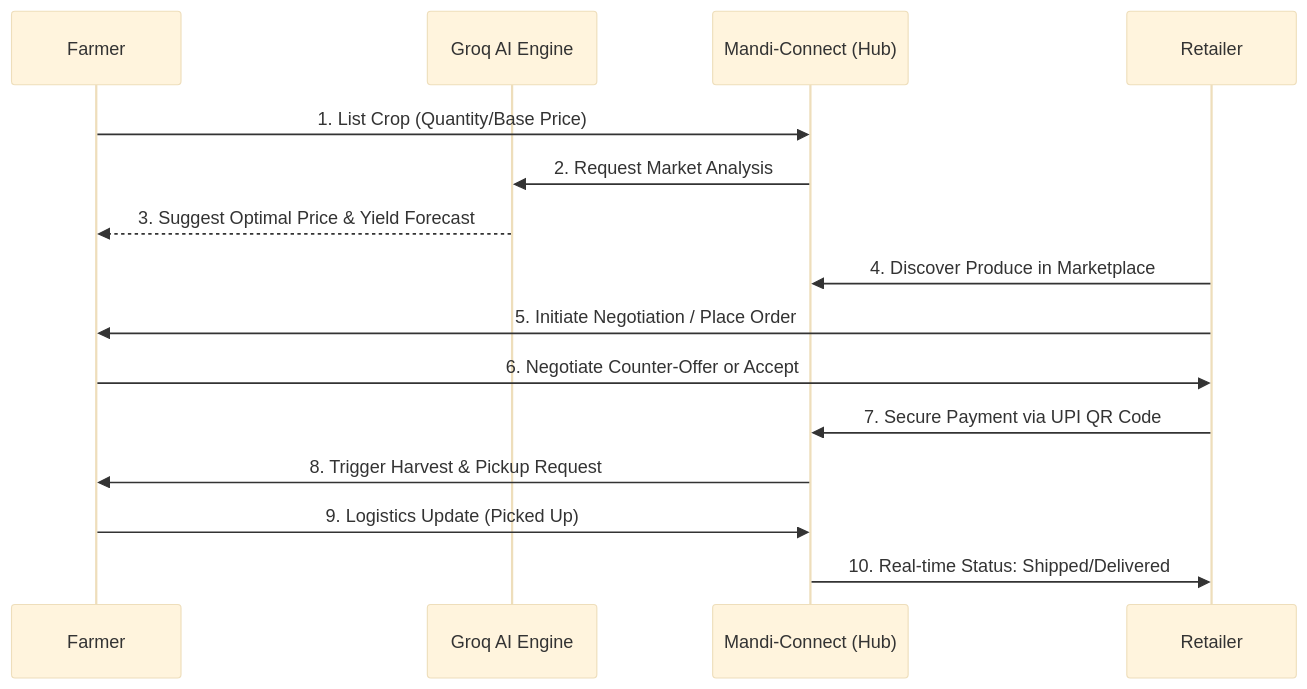
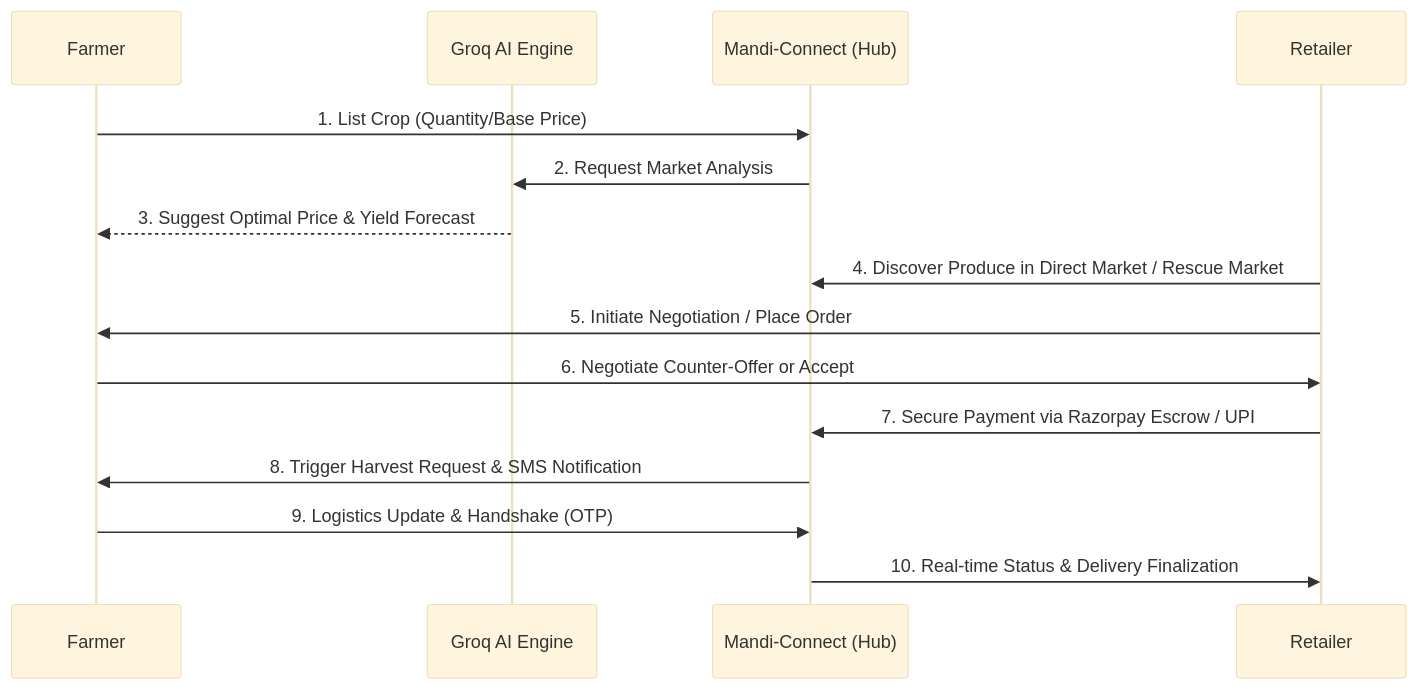
One commit to sanjeevkoshti/Agri-Mitra changed the first of 2 diagrams in README.md. Above: the diagram before and after it, drawn with Mermaid (base theme). The commit also changed other lines of this file, not shown here.

````diff
--- a/README.md
+++ b/README.md
@@ -52,18 +75,18 @@
 ```mermaid
 sequenceDiagram
     participant F as Farmer
     participant AI as Groq AI Engine
     participant M as Mandi-Connect (Hub)
     participant R as Retailer
 
     F->>M: 1. List Crop (Quantity/Base Price)
     M->>AI: 2. Request Market Analysis
     AI-->>F: 3. Suggest Optimal Price & Yield Forecast
-    R->>M: 4. Discover Produce in Marketplace
+    R->>M: 4. Discover Produce in Direct Market / Rescue Market
     R->>F: 5. Initiate Negotiation / Place Order
     F->>R: 6. Negotiate Counter-Offer or Accept
-    R->>M: 7. Secure Payment via UPI QR Code
-    M->>F: 8. Trigger Harvest & Pickup Request
-    F->>M: 9. Logistics Update (Picked Up)
-    M->>R: 10. Real-time Status: Shipped/Delivered
+    R->>M: 7. Secure Payment via Razorpay Escrow / UPI
+    M->>F: 8. Trigger Harvest Request & SMS Notification
+    F->>M: 9. Logistics Update & Handshake (OTP)
+    M->>R: 10. Real-time Status & Delivery Finalization
 ```
````
